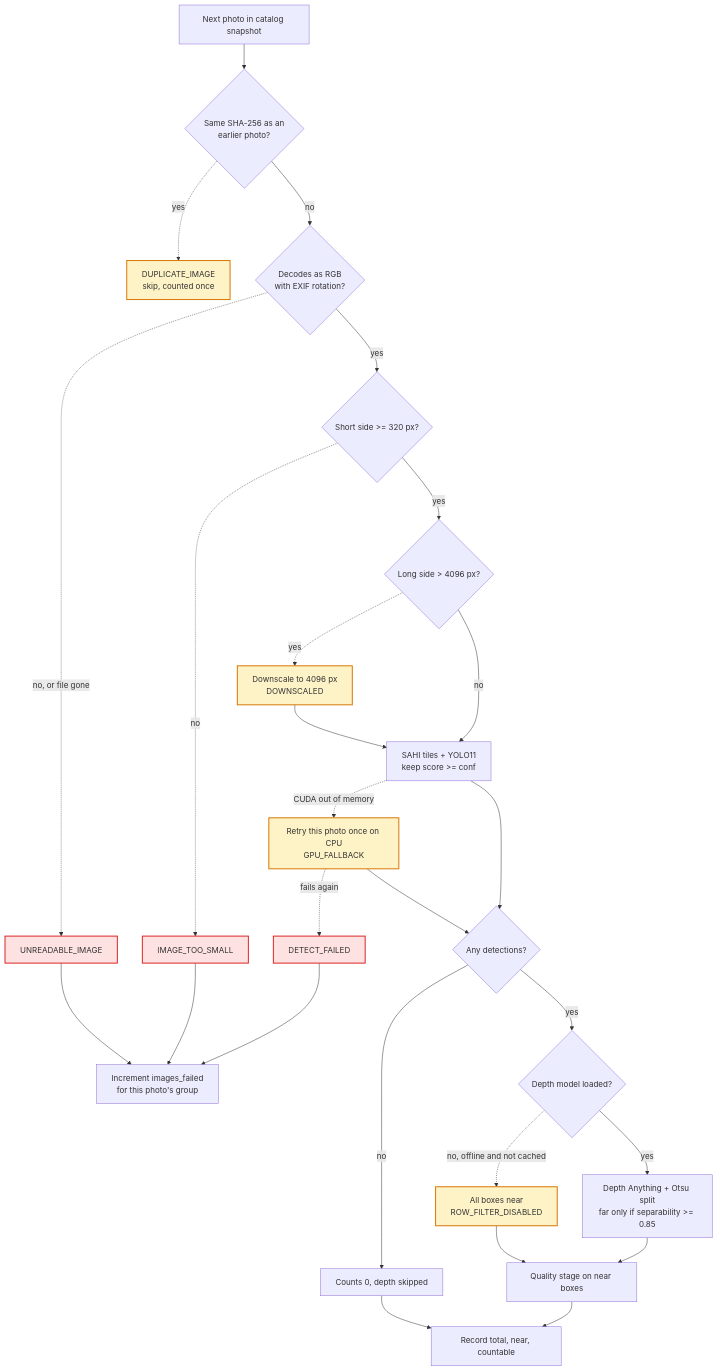
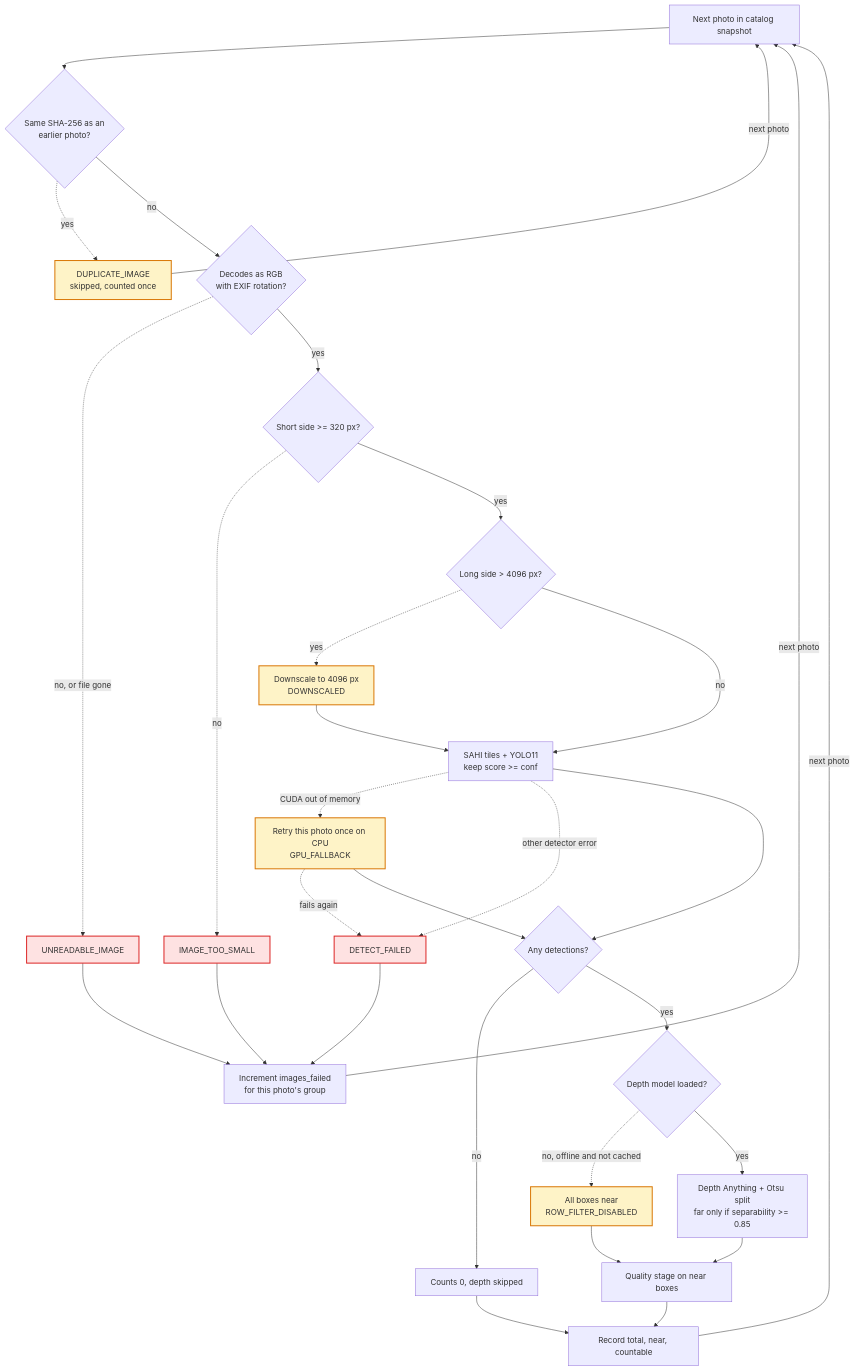
Before and after one commit to OMID-Capstone-AI-Drone/deliverables: the fifth of 5 diagrams in Design_Diagrams/D2_Detailed_Design.md, drawn with Mermaid. The commit also changed other lines of this file, not shown here.

````diff
--- a/Design_Diagrams/D2_Detailed_Design.md
+++ b/Design_Diagrams/D2_Detailed_Design.md
@@ -362,31 +363,35 @@
 ```mermaid
 flowchart TD
     A[Next photo in catalog snapshot] --> B{Same SHA-256 as an<br>earlier photo?}
-    B -.->|yes| W0[DUPLICATE_IMAGE<br>skip, counted once]:::warn
+    B -.->|yes| W0[DUPLICATE_IMAGE<br>skipped, counted once]:::warn
     B -->|no| C{Decodes as RGB<br>with EXIF rotation?}
     C -.->|no, or file gone| X1[UNREADABLE_IMAGE]:::err
     C -->|yes| D{Short side >= 320 px?}
     D -.->|no| X2[IMAGE_TOO_SMALL]:::err
     D -->|yes| E{Long side > 4096 px?}
     E -.->|yes| W1[Downscale to 4096 px<br>DOWNSCALED]:::warn
     E -->|no| F[SAHI tiles + YOLO11<br>keep score >= conf]
     W1 --> F
     F -.->|CUDA out of memory| G[Retry this photo once on CPU<br>GPU_FALLBACK]:::warn
-    G -.->|fails again| X3[DETECT_FAILED]:::err
+    F -.->|other detector error| X3[DETECT_FAILED]:::err
+    G -.->|fails again| X3
     G --> H
     F --> H{Any detections?}
     H -->|no| Z[Counts 0, depth skipped]
     H -->|yes| I{Depth model loaded?}
     I -.->|no, offline and not cached| W2[All boxes near<br>ROW_FILTER_DISABLED]:::warn
     I -->|yes| J[Depth Anything + Otsu split<br>far only if separability >= 0.85]
     J --> K[Quality stage on near boxes]
     W2 --> K
     K --> R[Record total, near, countable]
     Z --> R
     X1 --> N[Increment images_failed<br>for this photo's group]
     X2 --> N
     X3 --> N
+    R -->|next photo| A
+    N -->|next photo| A
+    W0 -->|next photo| A
 
     classDef warn fill:#fef3c7,stroke:#d97706,stroke-width:2px
     classDef err fill:#fee2e2,stroke:#dc2626,stroke-width:2px
 ```
````
